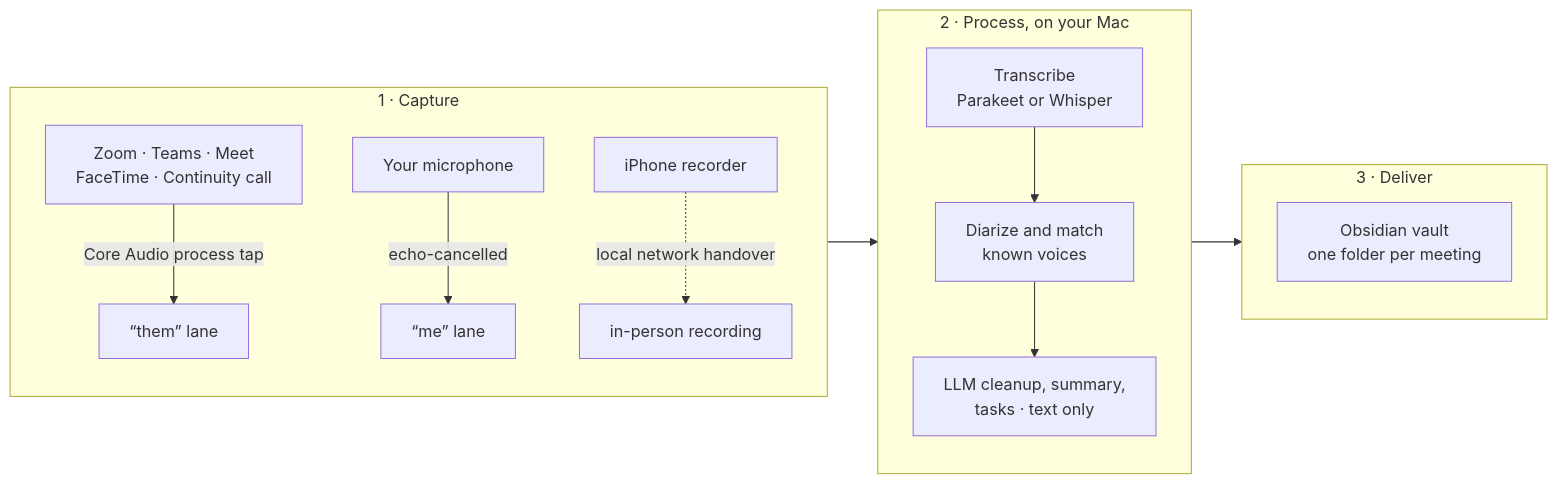
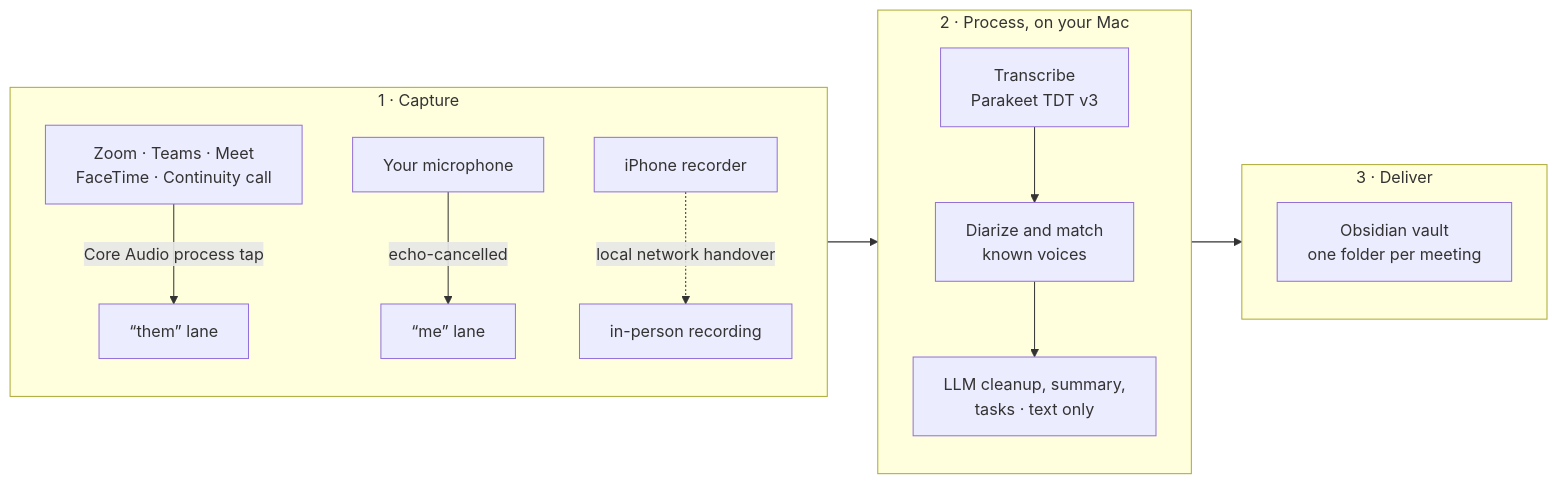
The diagram in README.md (NicolaiSchmid/steno), drawn with Mermaid before and after one commit. The commit also changed other lines of this file, not shown here.

````diff
--- a/README.md
+++ b/README.md
@@ -124,15 +239,15 @@
 ```mermaid
 flowchart LR
     subgraph capture["1 · Capture"]
         apps["Zoom · Teams · Meet<br>FaceTime · Continuity call"] -->|Core Audio process tap| them["“them” lane"]
         mic["Your microphone"] -->|echo-cancelled| me["“me” lane"]
         phone["iPhone recorder"] -.->|local network handover| room["in-person recording"]
     end
     subgraph process["2 · Process, on your Mac"]
-        stt["Transcribe<br>Parakeet or Whisper"] --> dia["Diarize and match<br>known voices"] --> llm["LLM cleanup, summary,<br>tasks · text only"]
+        stt["Transcribe<br>Parakeet TDT v3"] --> dia["Diarize and match<br>known voices"] --> llm["LLM cleanup, summary,<br>tasks · text only"]
     end
     subgraph deliver["3 · Deliver"]
         vault["Obsidian vault<br>one folder per meeting"]
     end
     capture --> process --> deliver
 ```
````
